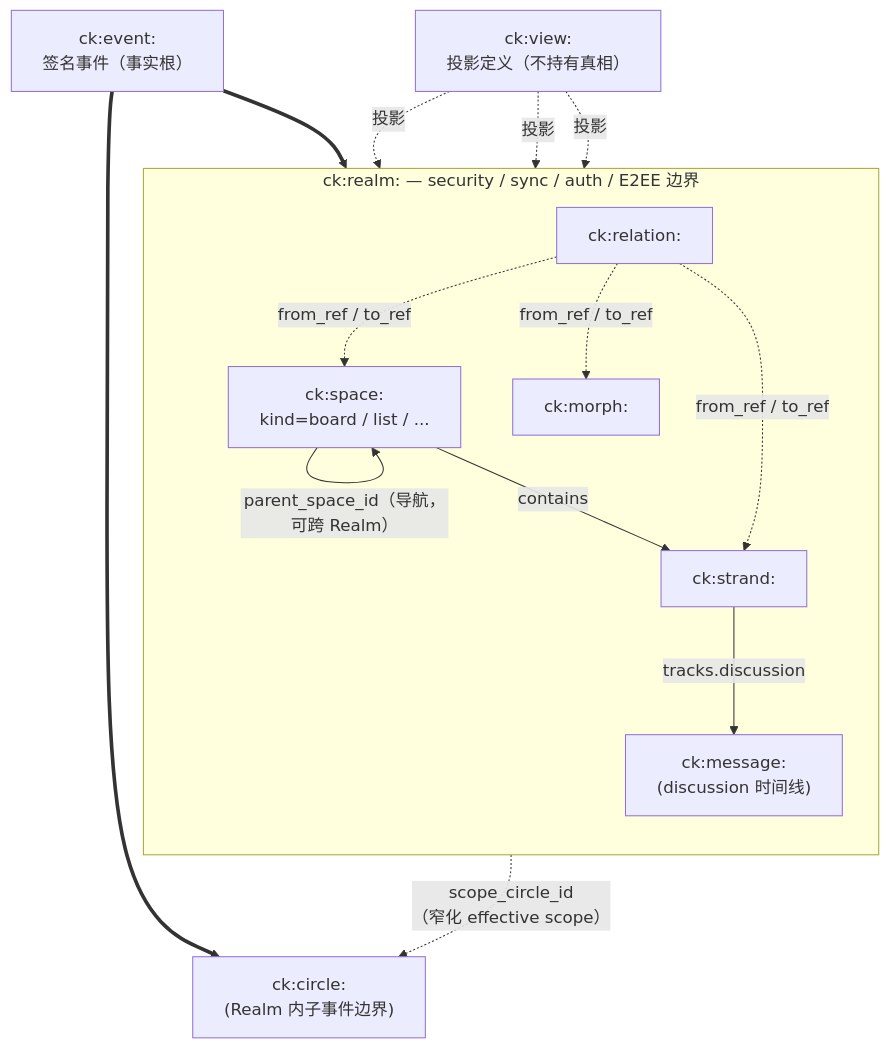
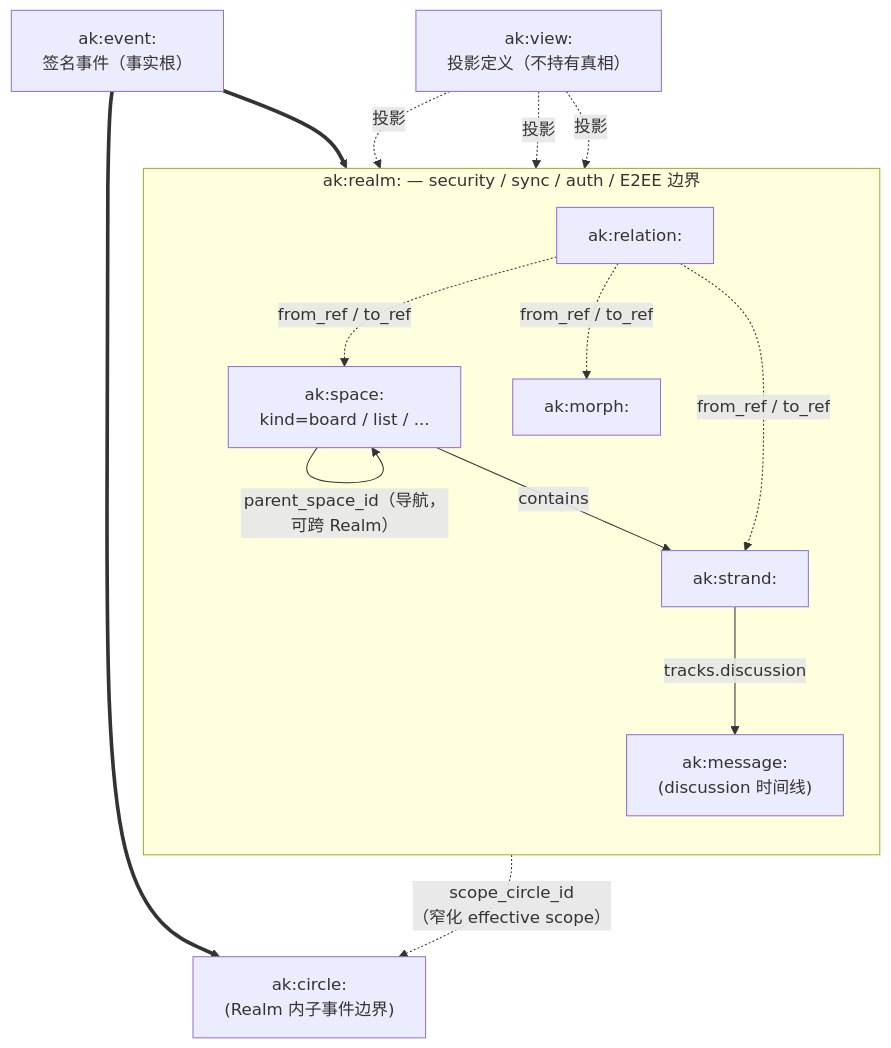
Before and after one commit to arkret-org/arkret-spec: the diagram in spec/v1/zh/models/overview.md, drawn with Mermaid. The commit also changed other lines of this file and 302 other files, not shown here.

````diff
--- a/spec/v1/zh/models/overview.md
+++ b/spec/v1/zh/models/overview.md
@@ -91,31 +91,31 @@
 ```mermaid
 flowchart TB
-    Event["ck:event:<br/>签名事件（事实根）"]
+    Event["ak:event:<br/>签名事件（事实根）"]
 
-    subgraph SP ["ck:realm: — security / sync / auth / E2EE 边界"]
+    subgraph SP ["ak:realm: — security / sync / auth / E2EE 边界"]
         direction TB
-        Space["ck:space:<br/>kind=board / list / ..."]
-        Strand["ck:strand:"]
-        Morph["ck:morph:"]
-        Msg["ck:message:<br/>(discussion 时间线)"]
-        Rel["ck:relation:"]
+        Space["ak:space:<br/>kind=board / list / ..."]
+        Strand["ak:strand:"]
+        Morph["ak:morph:"]
+        Msg["ak:message:<br/>(discussion 时间线)"]
+        Rel["ak:relation:"]
 
         Space -- "contains" --> Strand
         Space -- "parent_space_id（导航，可跨 Realm）" --> Space
         Strand -- "tracks.discussion" --> Msg
         Rel -. "from_ref / to_ref" .-> Strand
         Rel -. "from_ref / to_ref" .-> Morph
         Rel -. "from_ref / to_ref" .-> Space
     end
 
-    Circle["ck:circle:<br/>(Realm 内子事件边界)"]
+    Circle["ak:circle:<br/>(Realm 内子事件边界)"]
     Strand -. "scope_circle_id<br/>（窄化 effective scope）" .-> Circle
 
-    View["ck:view:<br/>投影定义（不持有真相）"]
+    View["ak:view:<br/>投影定义（不持有真相）"]
     View -. "投影" .-> Strand
     View -. "投影" .-> Space
     View -. "投影" .-> Msg
 
     Event ==> SP
     Event ==> Circle
 ```
````
